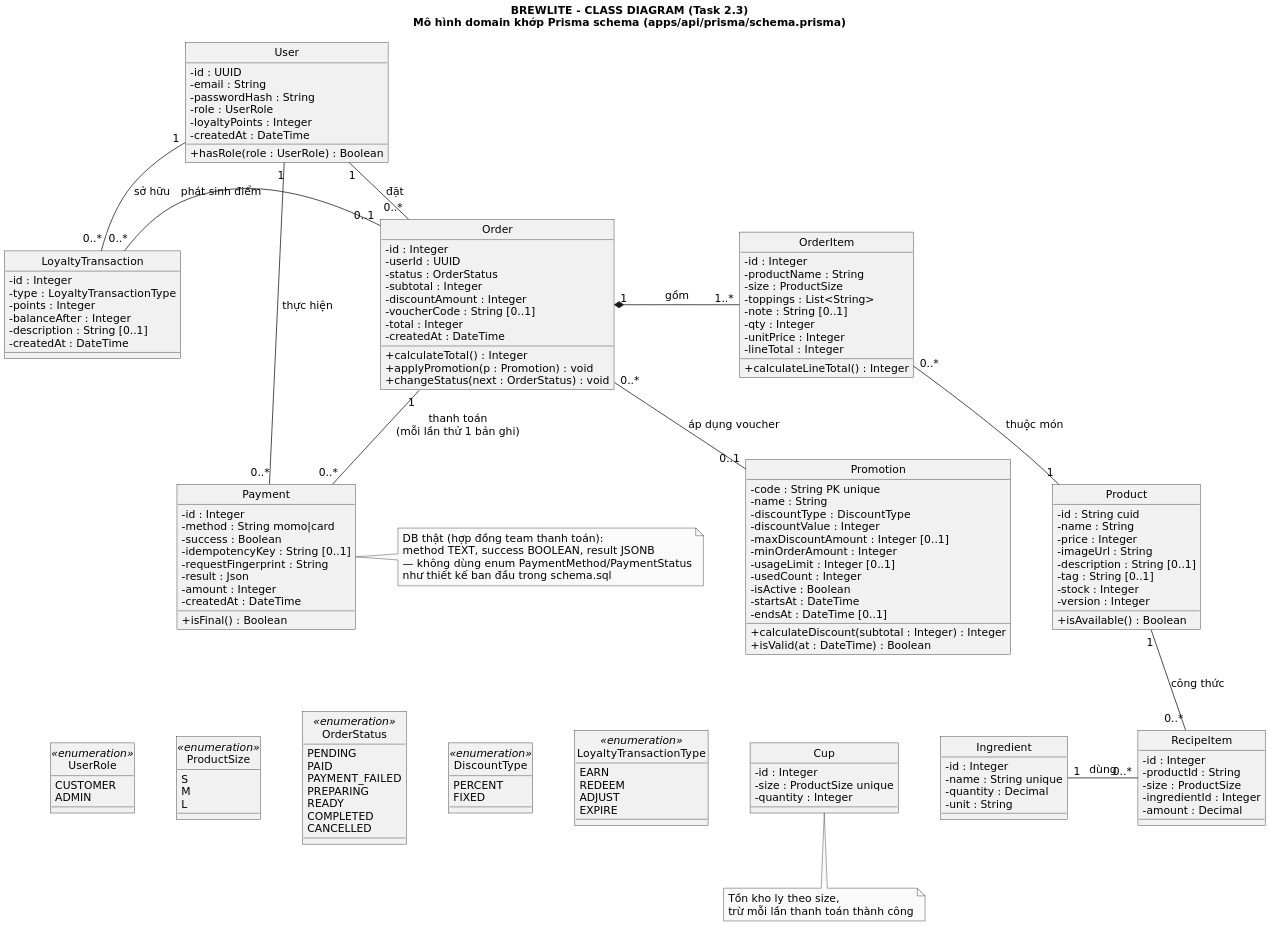
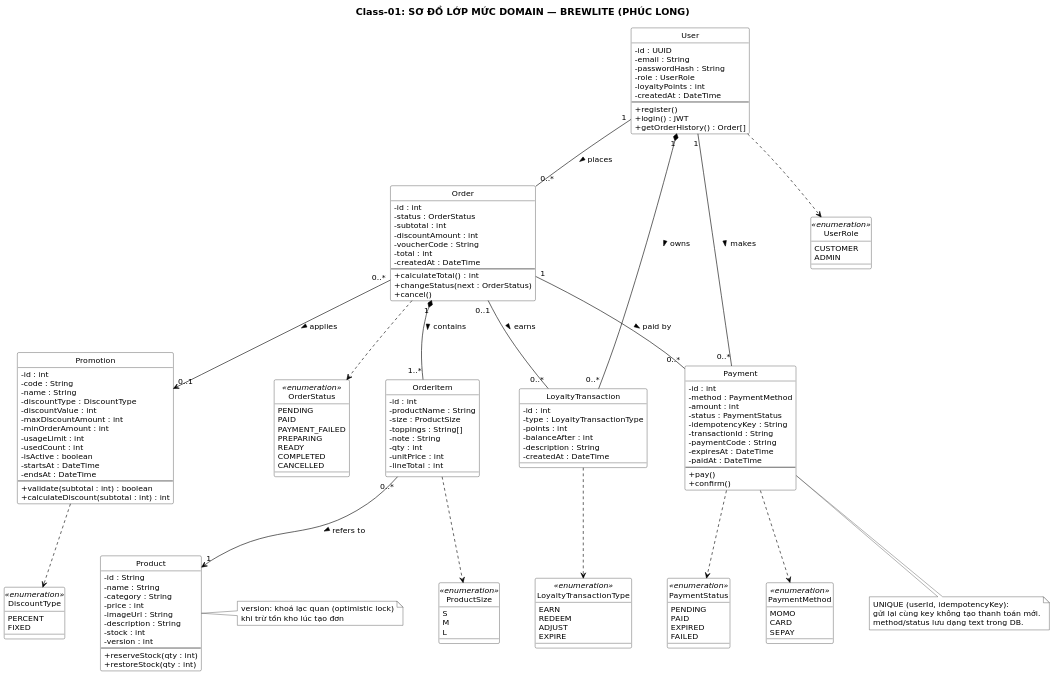
One commit to Bao3Q/PhucLong changed the diagram in docs/diagrams/Task2_3_Class.puml. Above: the diagram before and after it, drawn with PlantUML. The commit also changed 27 other files, not shown here.

Commit message:
docs: cap nhat so do Task 2 (activity draw.io, sequence/class)

```diff
--- a/docs/diagrams/Task2_3_Class.puml
+++ b/docs/diagrams/Task2_3_Class.puml
@@ -1,176 +1,177 @@
 @startuml Task2_3_Class
 skinparam backgroundColor white
-skinparam monochrome true
 skinparam shadowing false
-skinparam roundCorner 0
 skinparam defaultFontName DejaVu Sans
-skinparam defaultFontSize 14
+skinparam defaultFontSize 13
+skinparam dpi 140
+skinparam TitleFontSize 16
 skinparam classAttributeIconSize 0
-skinparam nodesep 55
-skinparam ranksep 55
-skinparam dpi 180
+skinparam ClassBackgroundColor white
+skinparam ClassBorderColor black
+skinparam ClassFontColor black
+skinparam ClassAttributeFontColor black
+skinparam ClassStereotypeFontColor black
+skinparam ArrowColor black
+skinparam ArrowFontColor black
+skinparam NoteBackgroundColor white
+skinparam NoteBorderColor black
+skinparam nodesep 60
+skinparam ranksep 70
 hide circle
-
-title BREWLITE - CLASS DIAGRAM (Task 2.3)\nMô hình domain khớp Prisma schema (apps/api/prisma/schema.prisma)
+title Class-01: SƠ ĐỒ LỚP MỨC DOMAIN — BREWLITE (PHÚC LONG)
 
 class User {
   - id : UUID
   - email : String
   - passwordHash : String
   - role : UserRole
-  - loyaltyPoints : Integer
+  - loyaltyPoints : int
   - createdAt : DateTime
-  + hasRole(role : UserRole) : Boolean
+  --
+  + register()
+  + login() : JWT
+  + getOrderHistory() : Order[]
+}
+class Product {
+  - id : String
+  - name : String
+  - category : String
+  - price : int
+  - imageUrl : String
+  - description : String
+  - stock : int
+  - version : int
+  --
+  + reserveStock(qty : int)
+  + restoreStock(qty : int)
 }
 class Order {
-  - id : Integer
-  - userId : UUID
+  - id : int
   - status : OrderStatus
-  - subtotal : Integer
-  - discountAmount : Integer
-  - voucherCode : String [0..1]
-  - total : Integer
+  - subtotal : int
+  - discountAmount : int
+  - voucherCode : String
+  - total : int
   - createdAt : DateTime
-  + calculateTotal() : Integer
-  + applyPromotion(p : Promotion) : void
-  + changeStatus(next : OrderStatus) : void
+  --
+  + calculateTotal() : int
+  + changeStatus(next : OrderStatus)
+  + cancel()
 }
 class OrderItem {
-  - id : Integer
+  - id : int
   - productName : String
   - size : ProductSize
-  - toppings : List<String>
-  - note : String [0..1]
-  - qty : Integer
-  - unitPrice : Integer
-  - lineTotal : Integer
-  + calculateLineTotal() : Integer
-}
-class Product {
-  - id : String cuid
-  - name : String
-  - price : Integer
-  - imageUrl : String
-  - description : String [0..1]
-  - tag : String [0..1]
-  - stock : Integer
-  - version : Integer
-  + isAvailable() : Boolean
+  - toppings : String[]
+  - note : String
+  - qty : int
+  - unitPrice : int
+  - lineTotal : int
 }
 class Payment {
-  - id : Integer
-  - method : String momo|card
-  - success : Boolean
-  - idempotencyKey : String [0..1]
-  - requestFingerprint : String
-  - result : Json
-  - amount : Integer
-  - createdAt : DateTime
-  + isFinal() : Boolean
+  - id : int
+  - method : PaymentMethod
+  - amount : int
+  - status : PaymentStatus
+  - idempotencyKey : String
+  - transactionId : String
+  - paymentCode : String
+  - expiresAt : DateTime
+  - paidAt : DateTime
+  --
+  + pay()
+  + confirm()
 }
 class Promotion {
-  - code : String PK unique
+  - id : int
+  - code : String
   - name : String
   - discountType : DiscountType
-  - discountValue : Integer
-  - maxDiscountAmount : Integer [0..1]
-  - minOrderAmount : Integer
-  - usageLimit : Integer [0..1]
-  - usedCount : Integer
-  - isActive : Boolean
+  - discountValue : int
+  - maxDiscountAmount : int
+  - minOrderAmount : int
+  - usageLimit : int
+  - usedCount : int
+  - isActive : boolean
   - startsAt : DateTime
-  - endsAt : DateTime [0..1]
-  + calculateDiscount(subtotal : Integer) : Integer
-  + isValid(at : DateTime) : Boolean
+  - endsAt : DateTime
+  --
+  + validate(subtotal : int) : boolean
+  + calculateDiscount(subtotal : int) : int
 }
 class LoyaltyTransaction {
-  - id : Integer
+  - id : int
   - type : LoyaltyTransactionType
-  - points : Integer
-  - balanceAfter : Integer
-  - description : String [0..1]
+  - points : int
+  - balanceAfter : int
+  - description : String
   - createdAt : DateTime
 }
-class RecipeItem {
-  - id : Integer
-  - productId : String
-  - size : ProductSize
-  - ingredientId : Integer
-  - amount : Decimal
+
+enum OrderStatus <<enumeration>> {
+  PENDING
+  PAID
+  PAYMENT_FAILED
+  PREPARING
+  READY
+  COMPLETED
+  CANCELLED
 }
-class Ingredient {
-  - id : Integer
-  - name : String unique
-  - quantity : Decimal
-  - unit : String
+enum PaymentStatus <<enumeration>> {
+  PENDING
+  PAID
+  EXPIRED
+  FAILED
 }
-class Cup {
-  - id : Integer
-  - size : ProductSize unique
-  - quantity : Integer
+enum PaymentMethod <<enumeration>> {
+  MOMO
+  CARD
+  SEPAY
+}
+enum UserRole <<enumeration>> {
+  CUSTOMER
+  ADMIN
+}
+enum ProductSize <<enumeration>> {
+  S
+  M
+  L
+}
+enum DiscountType <<enumeration>> {
+  PERCENT
+  FIXED
+}
+enum LoyaltyTransactionType <<enumeration>> {
+  EARN
+  REDEEM
+  ADJUST
+  EXPIRE
 }
 
-User "1" -right- "0..*" Order : đặt
-Order "1" *-right- "1..*" OrderItem : gồm
-OrderItem "0..*" -down- "1" Product : thuộc món
-User "1" -down- "0..*" Payment : thực hiện
-Order "1" -down- "0..*" Payment : thanh toán\n(mỗi lần thử 1 bản ghi)
-Order "0..*" -down- "0..1" Promotion : áp dụng voucher
-User "1" -down- "0..*" LoyaltyTransaction : sở hữu
-Order "0..1" -left- "0..*" LoyaltyTransaction : phát sinh điểm
-Product "1" -down- "0..*" RecipeItem : công thức
-Ingredient "1" -right- "0..*" RecipeItem : dùng
+User "1" -- "0..*" Order : places >
+Order "1" *-- "1..*" OrderItem : contains >
+OrderItem "0..*" --> "1" Product : refers to >
+Order "1" -- "0..*" Payment : paid by >
+User "1" -- "0..*" Payment : makes >
+Order "0..*" --> "0..1" Promotion : applies >
+User "1" *-- "0..*" LoyaltyTransaction : owns >
+Order "0..1" -- "0..*" LoyaltyTransaction : earns >
 
-together {
-  enum UserRole <<enumeration>> {
-    CUSTOMER
-    ADMIN
-  }
-  enum ProductSize <<enumeration>> {
-    S
-    M
-    L
-  }
-  enum OrderStatus <<enumeration>> {
-    PENDING
-    PAID
-    PAYMENT_FAILED
-    PREPARING
-    READY
-    COMPLETED
-    CANCELLED
-  }
-  enum DiscountType <<enumeration>> {
-    PERCENT
-    FIXED
-  }
-  enum LoyaltyTransactionType <<enumeration>> {
-    EARN
-    REDEEM
-    ADJUST
-    EXPIRE
-  }
-}
+User ..> UserRole
+Order ..> OrderStatus
+OrderItem ..> ProductSize
+Payment ..> PaymentStatus
+Payment ..> PaymentMethod
+Promotion ..> DiscountType
+LoyaltyTransaction ..> LoyaltyTransactionType
 
-note right of Payment
-  DB thật (hợp đồng team thanh toán):
-  method TEXT, success BOOLEAN, result JSONB
-  — không dùng enum PaymentMethod/PaymentStatus
-  như thiết kế ban đầu trong schema.sql
+note bottom of Payment
+  UNIQUE (userId, idempotencyKey):
+  gửi lại cùng key không tạo thanh toán mới.
+  method/status lưu dạng text trong DB.
 end note
-note bottom of Cup
-  Tồn kho ly theo size,
-  trừ mỗi lần thanh toán thành công
+note right of Product
+  version: khoá lạc quan (optimistic lock)
+  khi trừ tồn kho lúc tạo đơn
 end note
-
-Cup -[hidden]right- Ingredient
-LoyaltyTransaction -[hidden]down- UserRole
-Promotion -[hidden]down- DiscountType
-Payment -[hidden]down- OrderStatus
-Product -[hidden]down- ProductSize
-UserRole -[hidden]right- ProductSize
-ProductSize -[hidden]right- OrderStatus
-OrderStatus -[hidden]right- DiscountType
-DiscountType -[hidden]right- LoyaltyTransactionType
-
 @enduml
```
